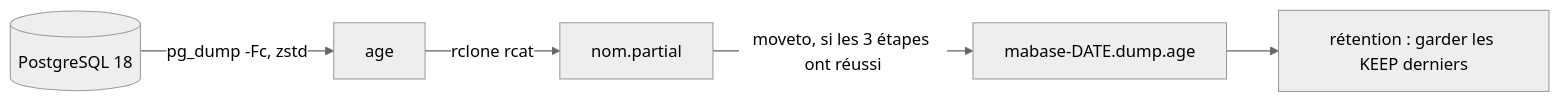
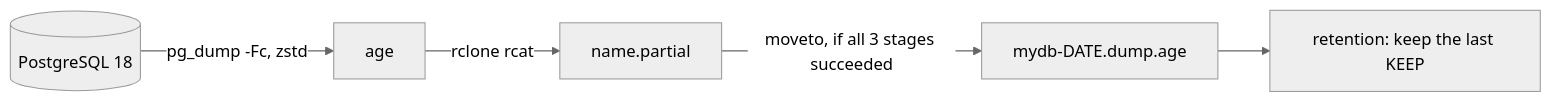
Before and after one commit to pmakerhq/pgdump-age: the diagram in README.md, drawn with Mermaid (neutral theme). The commit also changed other lines of this file and 3 other files, not shown here.

````diff
--- a/README.md
+++ b/README.md
@@ -36,7 +36,7 @@
 ```mermaid
 flowchart LR
   PG[(PostgreSQL 18)] -->|pg_dump -Fc, zstd| AGE[age]
-  AGE -->|rclone rcat| P["nom.partial"]
-  P -->|"moveto, si les 3 étapes ont réussi"| F["mabase-DATE.dump.age"]
-  F --> R["rétention : garder les KEEP derniers"]
+  AGE -->|rclone rcat| P["name.partial"]
+  P -->|"moveto, if all 3 stages succeeded"| F["mydb-DATE.dump.age"]
+  F --> R["retention: keep the last KEEP"]
 ```
````
